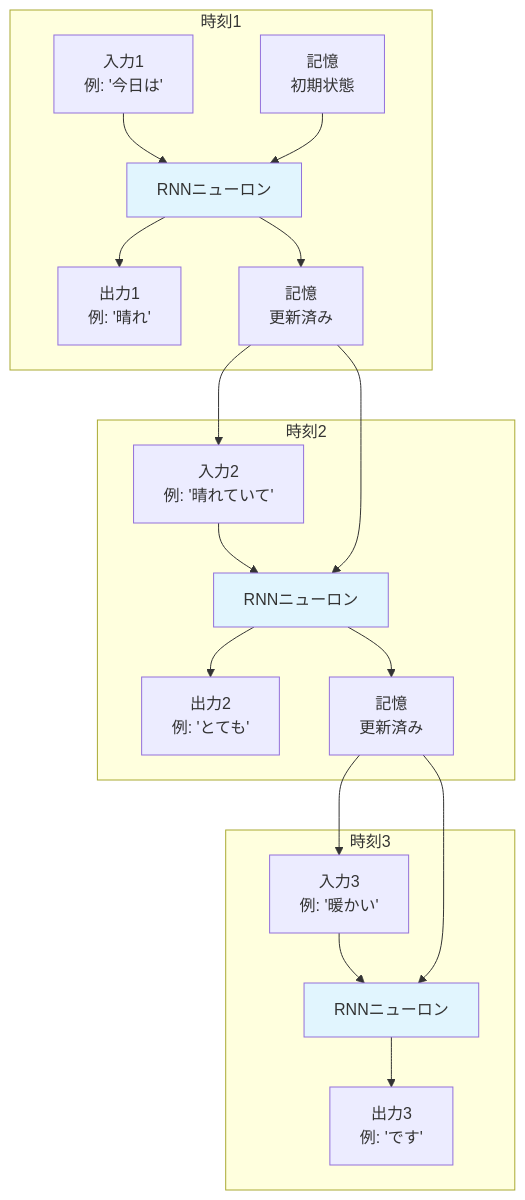
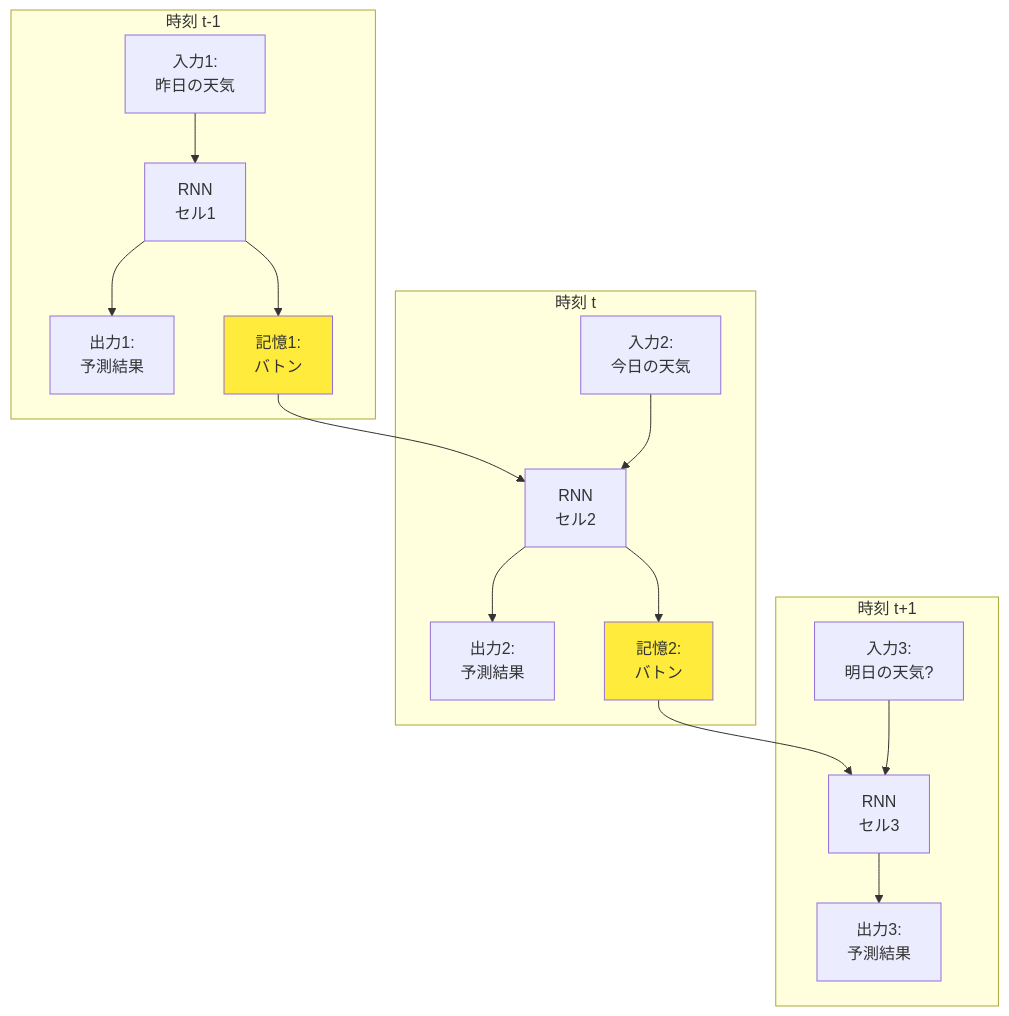
One commit to SparklingDetergent/doc_genai_mental_model changed the second of 13 diagrams in AI/DeepLearning/RecurrentNeuralNetwork/README.MD. Above: the diagram before and after it, drawn with Mermaid. The commit also changed other lines of this file, not shown here.

````diff
--- a/AI/DeepLearning/RecurrentNeuralNetwork/README.MD
+++ b/AI/DeepLearning/RecurrentNeuralNetwork/README.MD
@@ -41,29 +42,24 @@
 ```mermaid
 graph TD
-    subgraph "時刻1"
-        A1[入力1<br/>例: '今日は'] --> N1[RNNニューロン]
-        M1[記憶<br/>初期状態] --> N1
-        N1 --> O1[出力1<br/>例: '晴れ']
-        N1 --> M2[記憶<br/>更新済み]
+    subgraph "時刻 t-1"
+        A1[入力1:<br/>昨日の天気] --> B1[RNN<br/>セル1]
+        B1 --> C1[出力1:<br/>予測結果]
+        B1 --> H1[記憶1:<br/>バトン]
     end
     
-    subgraph "時刻2"
-        A2[入力2<br/>例: '晴れていて'] --> N2[RNNニューロン]
-        M2 --> N2
-        N2 --> O2[出力2<br/>例: 'とても']
-        N2 --> M3[記憶<br/>更新済み]
+    subgraph "時刻 t"
+        H1 --> B2[RNN<br/>セル2]
+        A2[入力2:<br/>今日の天気] --> B2
+        B2 --> C2[出力2:<br/>予測結果]
+        B2 --> H2[記憶2:<br/>バトン]
     end
     
-    subgraph "時刻3"
-        A3[入力3<br/>例: '暖かい'] --> N3[RNNニューロン]
-        M3 --> N3
-        N3 --> O3[出力3<br/>例: 'です']
+    subgraph "時刻 t+1"
+        H2 --> B3[RNN<br/>セル3]
+        A3[入力3:<br/>明日の天気?] --> B3
+        B3 --> C3[出力3:<br/>予測結果]
     end
     
-    M2 --> A2
-    M3 --> A3
-    
-    style N1 fill:#e1f5fe
-    style N2 fill:#e1f5fe
-    style N3 fill:#e1f5fe
+    style H1 fill:#ffeb3b
+    style H2 fill:#ffeb3b
 ```
````
